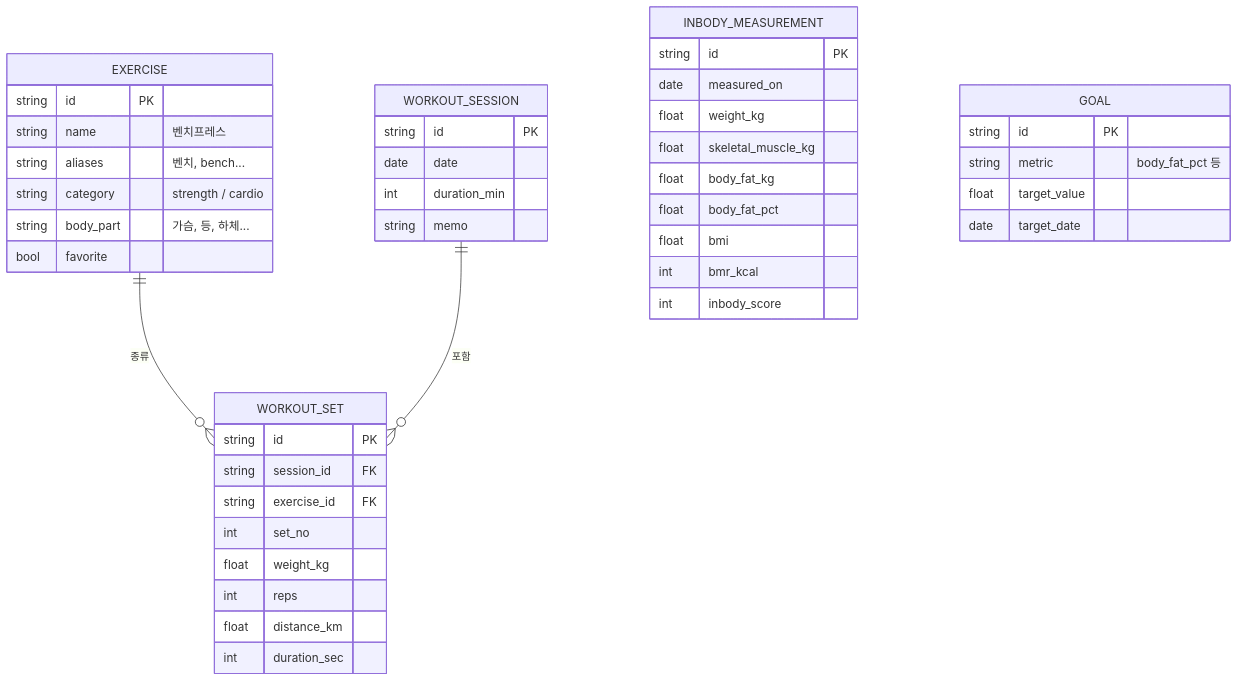
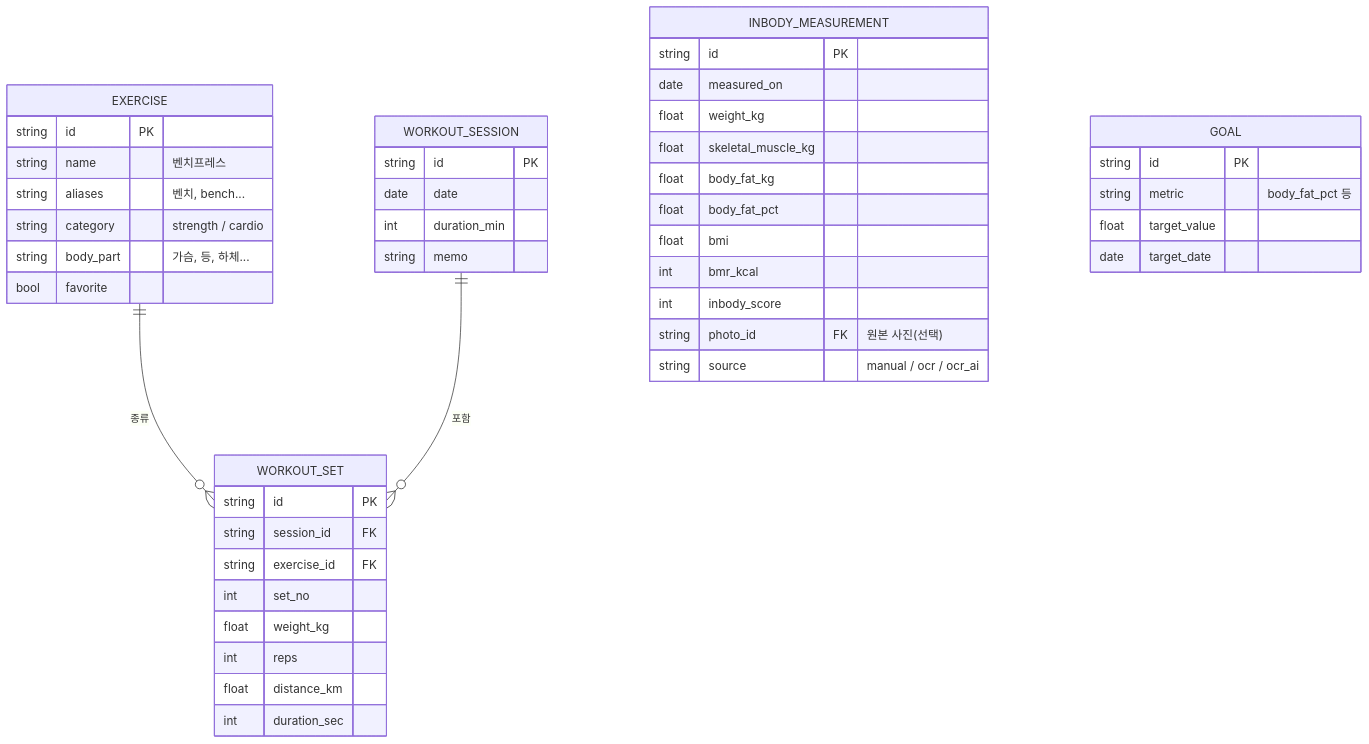
Before and after one commit to y2j1004-run/003.workout_mgmt: the third of 6 diagrams in docs/ARCHITECTURE.md, drawn with Mermaid. The commit also changed other lines of this file and 23 other files, not shown here.

````diff
--- a/docs/ARCHITECTURE.md
+++ b/docs/ARCHITECTURE.md
@@ -114,49 +129,51 @@
 ```mermaid
 erDiagram
     EXERCISE ||--o{ WORKOUT_SET : "종류"
     WORKOUT_SESSION ||--o{ WORKOUT_SET : "포함"
     INBODY_MEASUREMENT
     GOAL
 
     EXERCISE {
         string id PK
         string name "벤치프레스"
         string aliases "벤치, bench..."
         string category "strength / cardio"
         string body_part "가슴, 등, 하체..."
         bool favorite
     }
     WORKOUT_SESSION {
         string id PK
         date date
         int duration_min
         string memo
     }
     WORKOUT_SET {
         string id PK
         string session_id FK
         string exercise_id FK
         int set_no
         float weight_kg
         int reps
         float distance_km
         int duration_sec
     }
     INBODY_MEASUREMENT {
         string id PK
         date measured_on
         float weight_kg
         float skeletal_muscle_kg
         float body_fat_kg
         float body_fat_pct
         float bmi
         int bmr_kcal
         int inbody_score
+        string photo_id FK "원본 사진(선택)"
+        string source "manual / ocr / ocr_ai"
     }
     GOAL {
         string id PK
         string metric "body_fat_pct 등"
         float target_value
         date target_date
     }
 ```
````
